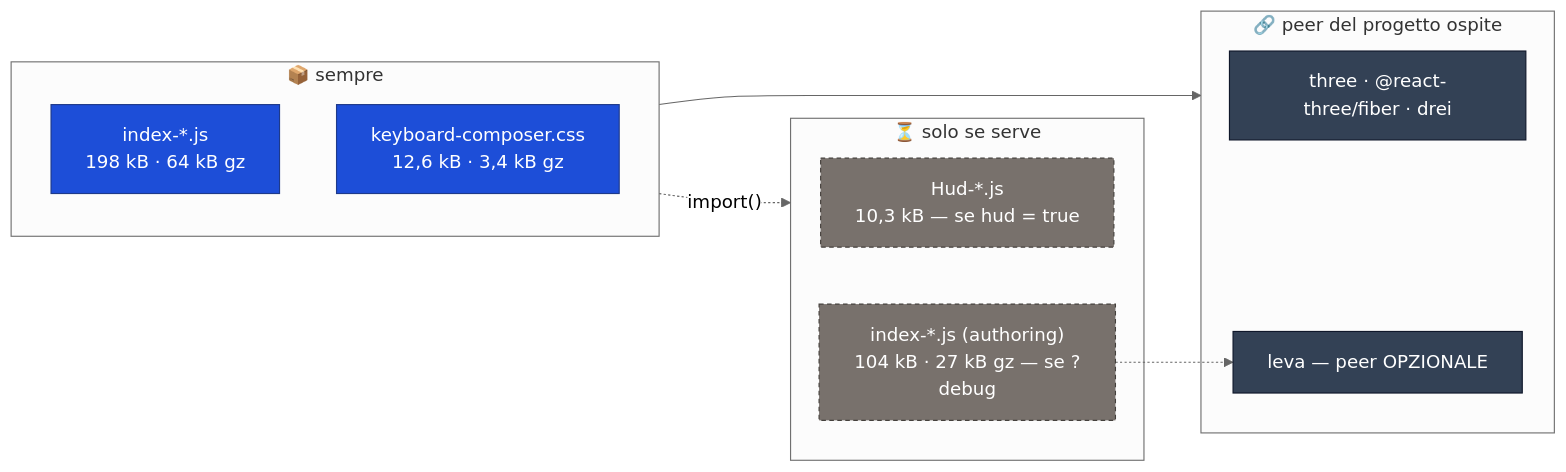
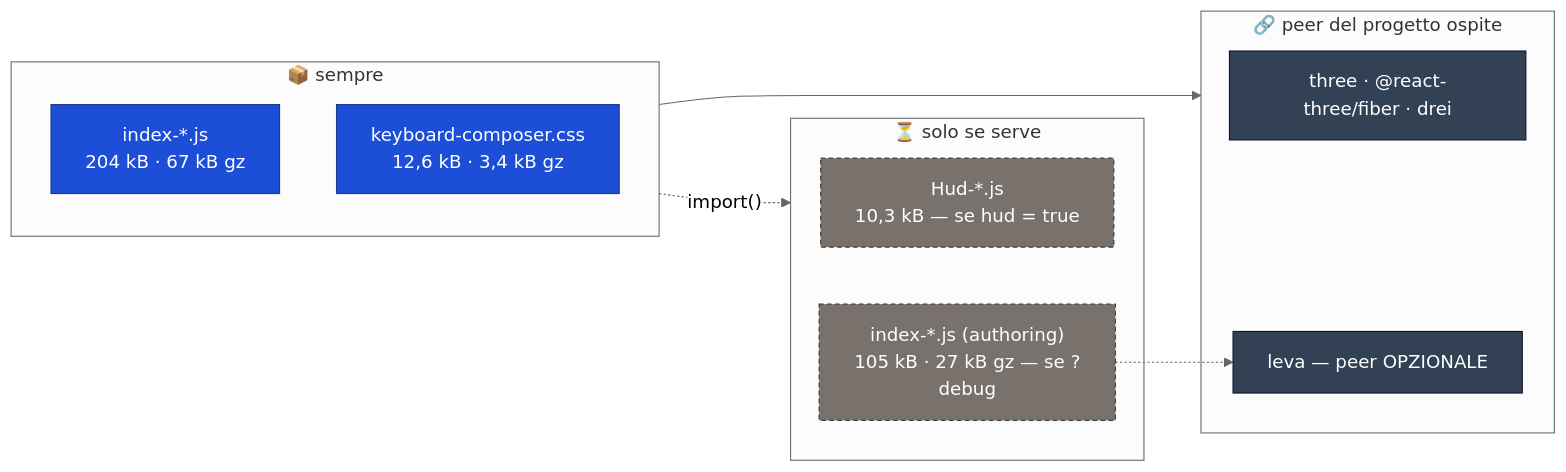
The third of 5 diagrams in README.md (christian-matarazzo/keyboard-3d-component), drawn with Mermaid (neutral theme) before and after one commit. The commit also changed other lines of this file and 5 other files, not shown here.

````diff
--- a/README.md
+++ b/README.md
@@ -359,28 +359,28 @@
 ```mermaid
 flowchart LR
     subgraph EAGER["📦 sempre"]
-        CORE["index-*.js<br/>198 kB · 64 kB gz"]
+        CORE["index-*.js<br/>204 kB · 67 kB gz"]
         CSS["keyboard-composer.css<br/>12,6 kB · 3,4 kB gz"]
     end
 
     subgraph LAZYC["⏳ solo se serve"]
         HUDX["Hud-*.js<br/>10,3 kB — se hud = true"]
-        AUTHX["index-*.js (authoring)<br/>104 kB · 27 kB gz — se ?debug"]
+        AUTHX["index-*.js (authoring)<br/>105 kB · 27 kB gz — se ?debug"]
     end
 
     subgraph PEERS["🔗 peer del progetto ospite"]
         THREE["three · @react-three/fiber · drei"]
         LEVAP["leva — peer OPZIONALE"]
     end
 
     EAGER -.->|"import()"| LAZYC
     EAGER --> PEERS
     AUTHX -.-> LEVAP
 
     classDef eager fill:#1d4ed8,stroke:#1e3a8a,color:#fff
     classDef lazy fill:#78716c,stroke:#44403c,color:#fff,stroke-dasharray:4 3
     classDef peer fill:#334155,stroke:#0f172a,color:#fff
     class CORE,CSS eager
     class HUDX,AUTHX lazy
     class THREE,LEVAP peer
 ```
````
